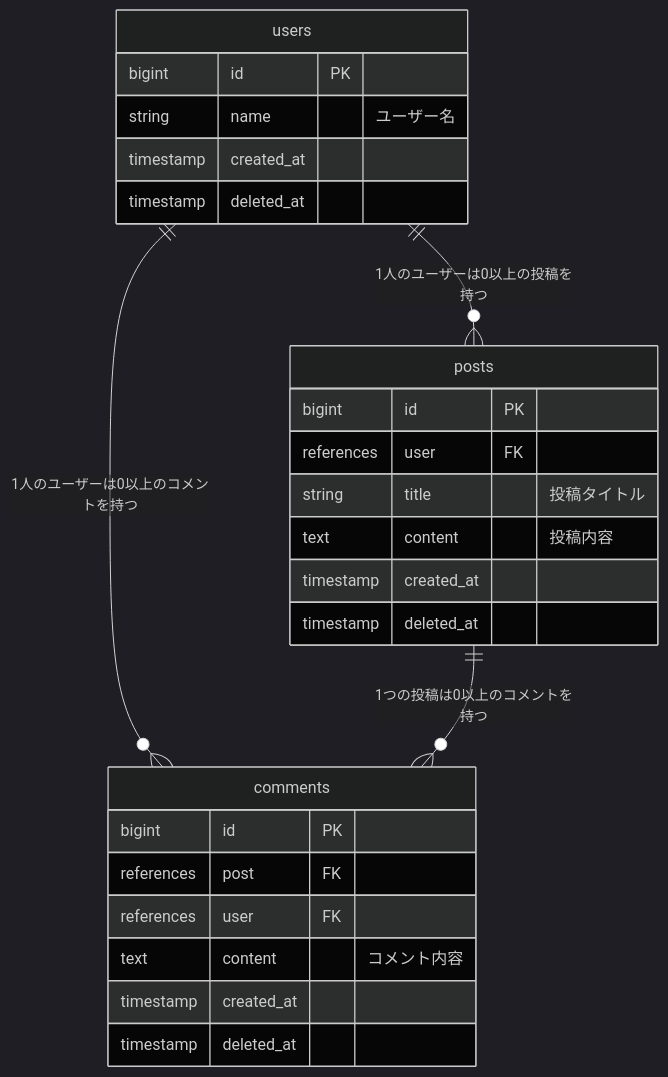
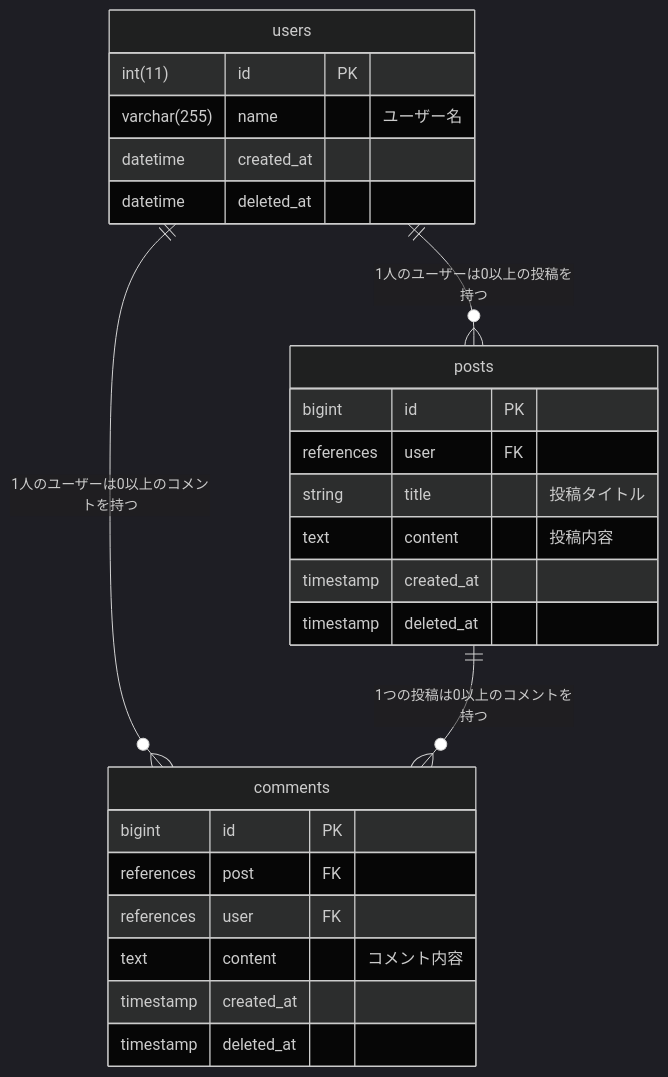
One commit to TakuKobayashi/research-examples changed the diagram in mermaid-doc-sample/README.md. Above: the diagram before and after it, drawn with Mermaid (dark theme).

Commit message:
mermaidの記述サンプルの変更調査

````diff
--- a/mermaid-doc-sample/README.md
+++ b/mermaid-doc-sample/README.md
@@ -5,31 +5,31 @@
 ```mermaid
 erDiagram
   users ||--o{ posts : "1人のユーザーは0以上の投稿を持つ"
   users ||--o{ comments: "1人のユーザーは0以上のコメントを持つ"
   posts ||--o{ comments: "1つの投稿は0以上のコメントを持つ"
 
   users {
-    bigint id PK
-    string name "ユーザー名"
-    timestamp created_at
-    timestamp deleted_at
+    int(11) id PK
+    varchar(255) name "ユーザー名"
+    datetime created_at
+    datetime deleted_at
   }
 
   posts {
     bigint id PK
     references user FK
     string title "投稿タイトル"
     text content "投稿内容"
     timestamp created_at
     timestamp deleted_at
   }
 
   comments {
     bigint id PK
     references post FK
     references user FK
     text content "コメント内容"
     timestamp created_at
     timestamp deleted_at
   }
 ```
````
